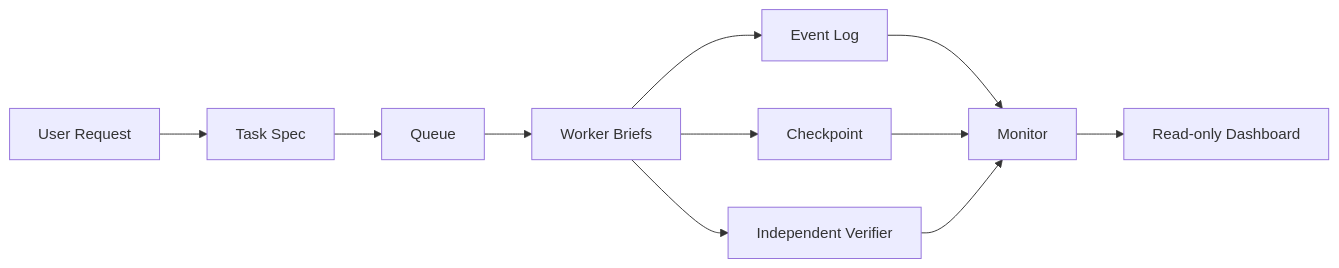
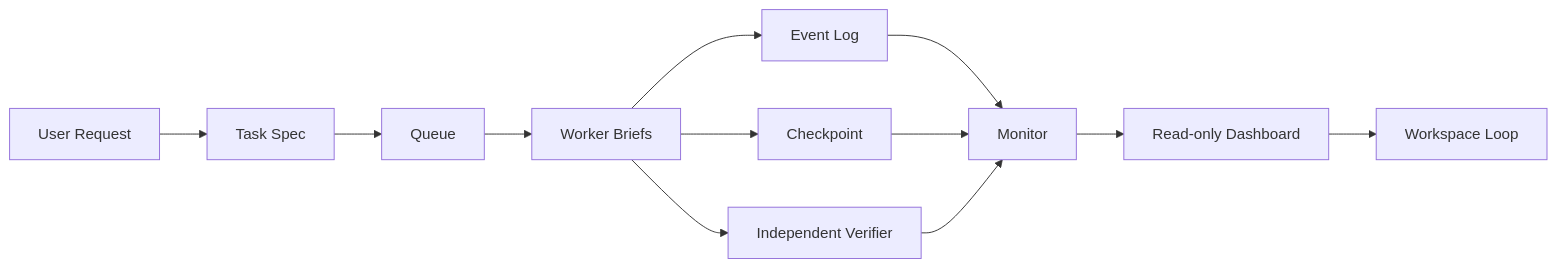
One commit to lazze2026/multi-agent-orchestrator-skill changed the diagram in README.md. Above: the diagram before and after it, drawn with Mermaid. The commit also changed other lines of this file and 1 other file, not shown here.

Commit message:
docs: highlight workspace loop release

````diff
--- a/README.md
+++ b/README.md
@@ -191,13 +199,14 @@
 ```mermaid
 flowchart LR
   U[User Request] --> TS[Task Spec]
   TS --> Q[Queue]
   Q --> W[Worker Briefs]
   W --> E[Event Log]
   W --> C[Checkpoint]
   W --> V[Independent Verifier]
   E --> M[Monitor]
   C --> M
   V --> M
   M --> D[Read-only Dashboard]
+  D --> L[Workspace Loop]
 ```
````
